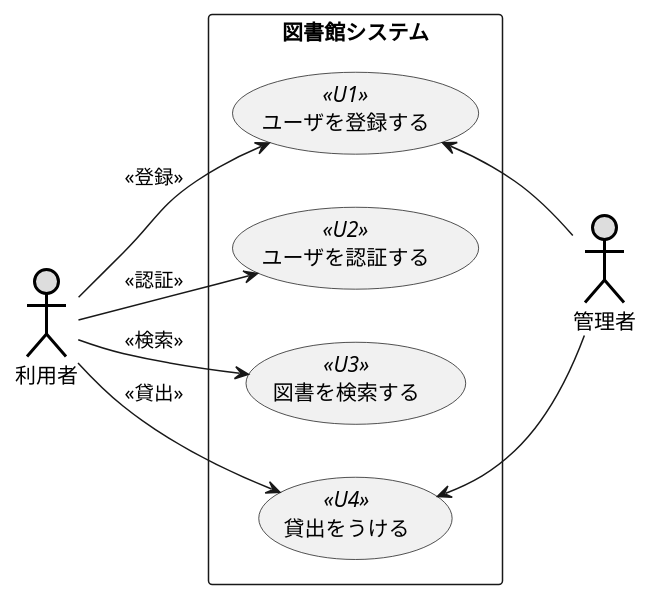
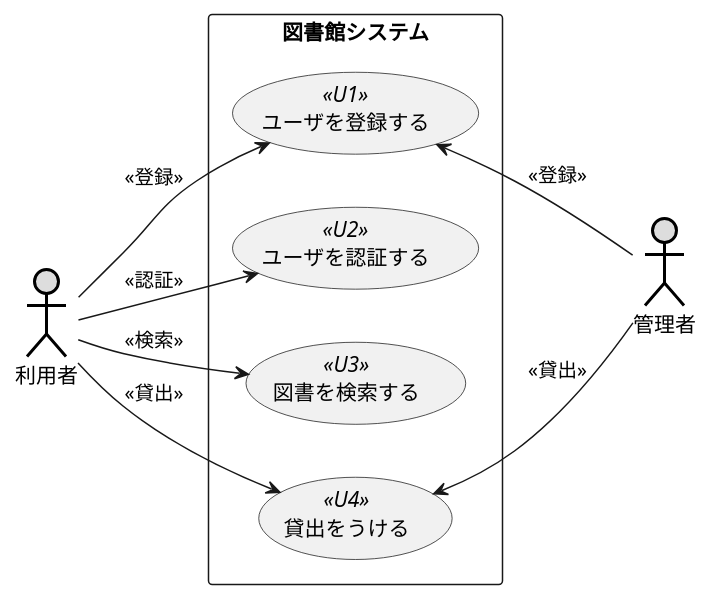
The diagram in 例題3_UC_図書館システム.pu (fevertodori/uml-introduction), drawn with PlantUML before and after one commit.

Commit message:
例題3

```diff
--- a/例題3_UC_図書館システム.pu
+++ b/例題3_UC_図書館システム.pu
@@ -1,17 +1,17 @@
 @startuml 例題3
 left to right direction
 actor 利用者 as user #DDDDDD;line:black;line.bold;
 actor 管理者 as admin #DDDDDD;line:black;line.bold;
 rectangle 図書館システム {
 usecase ユーザを登録する as T << U1 >>
 usecase ユーザを認証する << U2 >>
 usecase 図書を検索する << U3 >>
 usecase 貸出をうける << U4 >>
 }
 user--> T:<<登録>>
 user--> ユーザを認証する:<<認証>>
 user--> 図書を検索する:<<検索>>
 user--> 貸出をうける:<<貸出>>
-T <-- admin
-貸出をうける <-- admin
+T <-- admin:<<登録>>
+貸出をうける <-- admin:<<貸出>>
 @enduml
```
